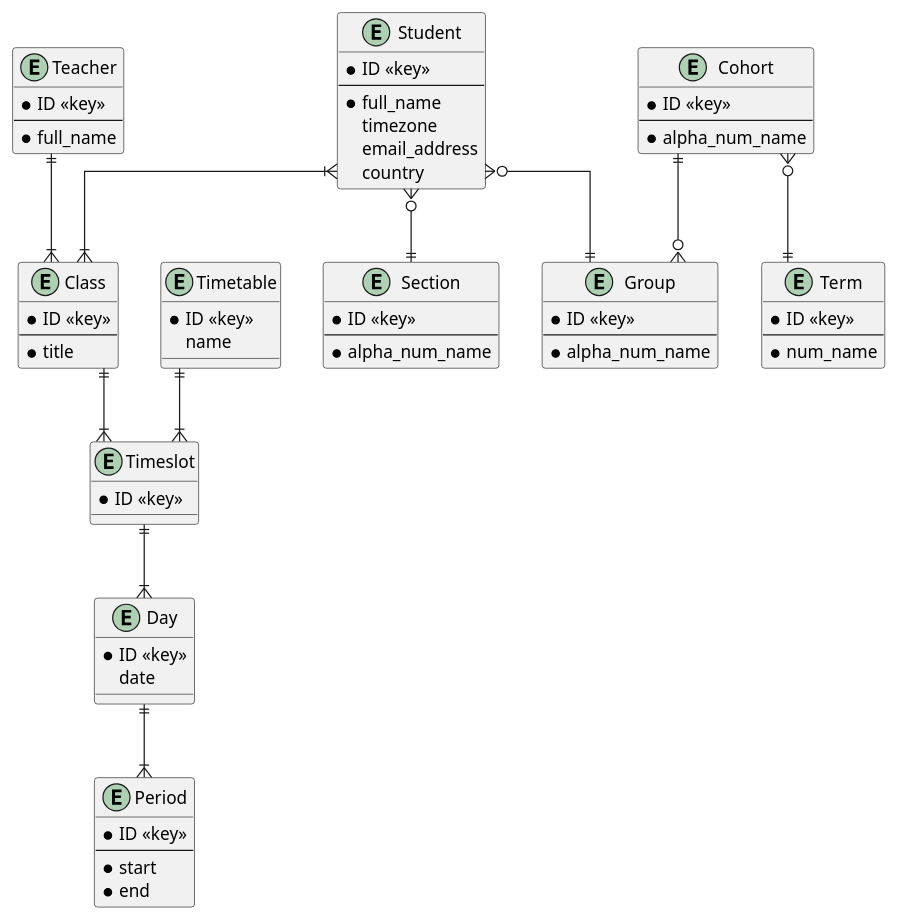
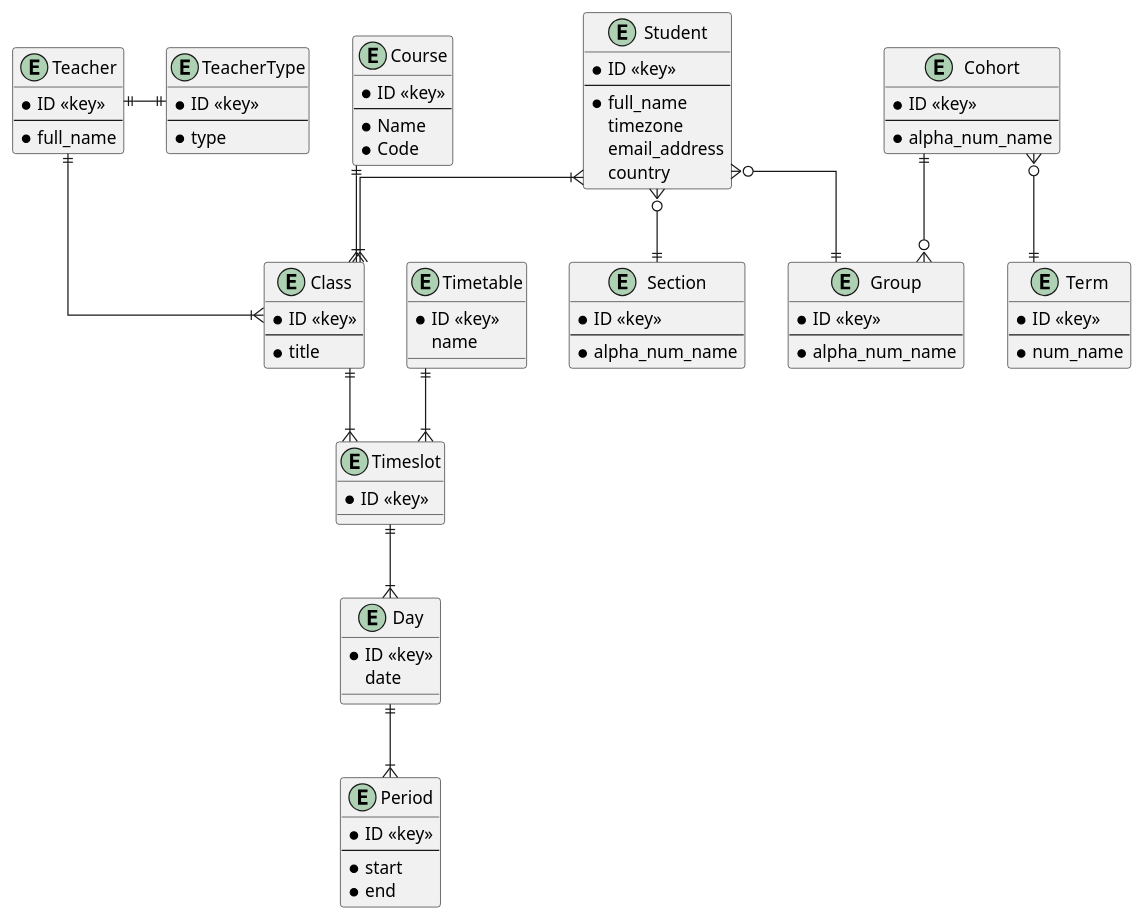
The diagram in resources/entity-relationship/package.puml (zrock-dev-backup/kawsay), drawn with PlantUML before and after one commit.

Commit message:
chore(ERD): add annotations

```diff
--- a/resources/entity-relationship/package.puml
+++ b/resources/entity-relationship/package.puml
@@ -1,73 +1,86 @@
 @startuml
 skinparam linetype ortho
 
 '				Entities
 entity Student {
 	* ID <<key>>
 	--
 	* full_name
 	timezone
 	email_address
 	country
 }
 entity Section {
 	* ID <<key>>
 	--
 	* alpha_num_name
  }
 entity Group {
 	* ID <<key>>
 	--
 	* alpha_num_name
  }
 entity Cohort {
 	* ID <<key>>
 	--
 	* alpha_num_name
  }
 entity Term {
 	* ID <<key>>
 	--
 	* num_name
  }
+entity TeacherType {
+	* ID <<key>>
+	--
+	* type
+}
 entity Teacher {
 	* ID <<key>>
 	--
 	* full_name
+}
+entity Course {
+	* ID <<key>>
+	--
+	* Name
+	* Code
  }
 entity Class {
 	* ID <<key>>
 	--
 	* title
  }
  entity Timeslot {
 	* ID <<key>>
  }
 entity Timetable {
 	* ID <<key>>
 	name
  }
  entity Day {
     * ID <<key>>
     date
  }
  entity Period {
     * ID <<key>>
 	--
     * start
     * end
  }
 
 '				Connections
 Student }o--|| Section
 Student }o--|| Group
 Cohort }o--|| Term
 Cohort ||--o{ Group
 
 Student }|--|{ Class
 Teacher ||--|{ Class
 Class ||--|{ Timeslot
 Timeslot ||--|{ Day
 Day ||--|{ Period
 Timetable ||--|{ Timeslot
+Course ||--|{ Class
+Teacher ||-|| TeacherType
 @enduml
```
